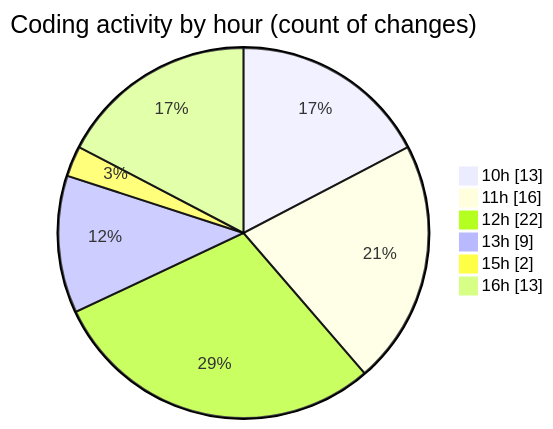
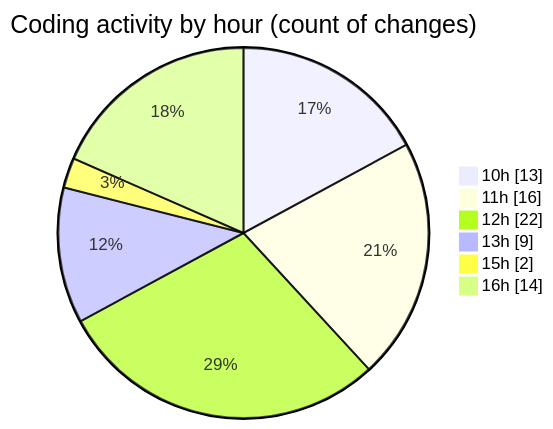
One commit to momahboobian/code-tracking changed the second of 2 diagrams in 2025-05-27/cda/README.md. Above: the diagram before and after it, drawn with Mermaid. The commit also changed other lines of this file and 1 other file, not shown here.

````diff
--- a/2025-05-27/cda/README.md
+++ b/2025-05-27/cda/README.md
@@ -41,10 +41,10 @@
 ```mermaid
 pie showData
 title Coding activity by hour (count of changes)
 "10h" : 13
 "11h" : 16
 "12h" : 22
 "13h" : 9
 "15h" : 2
-"16h" : 13
+"16h" : 14
 ```
````
